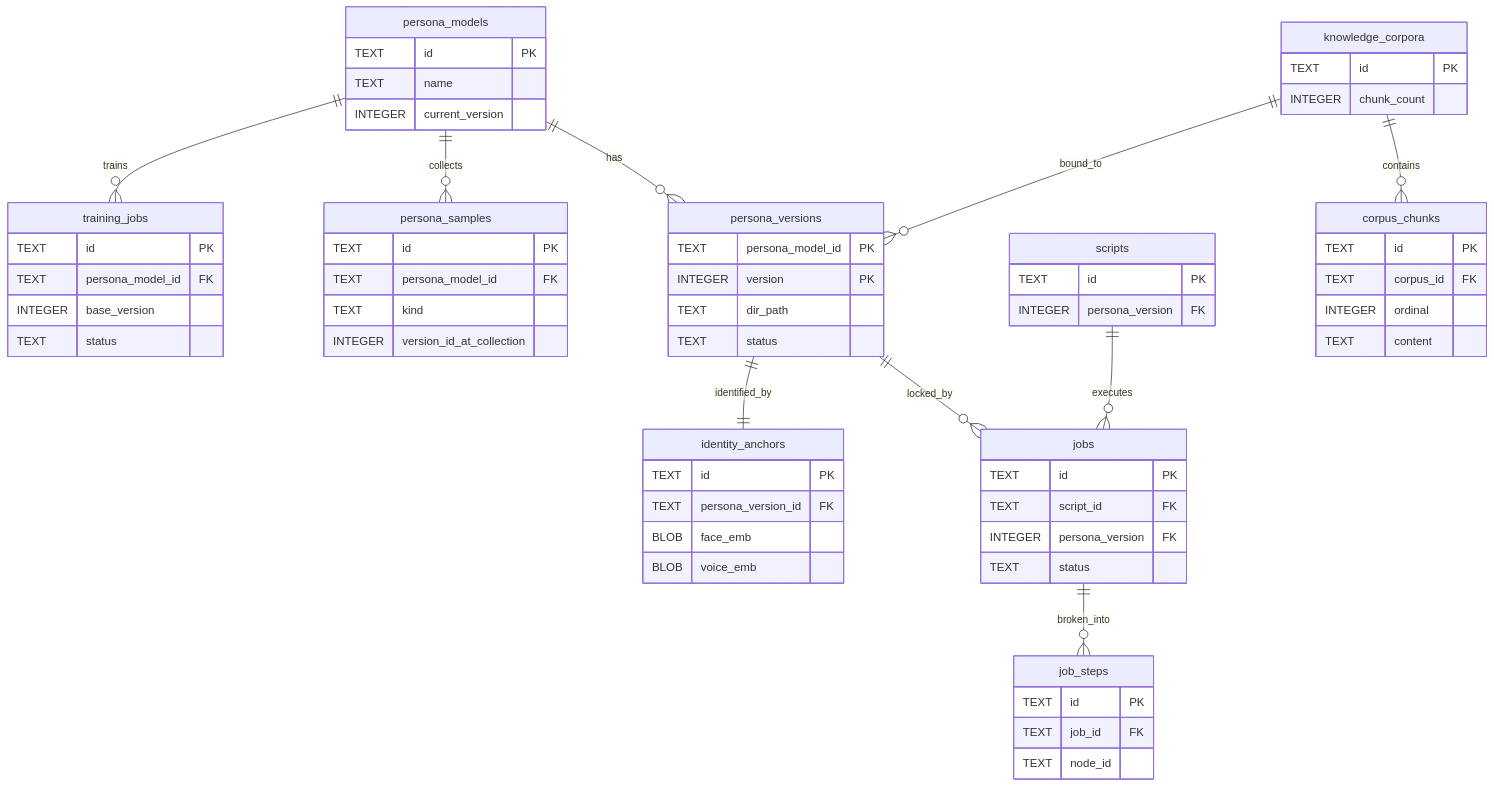
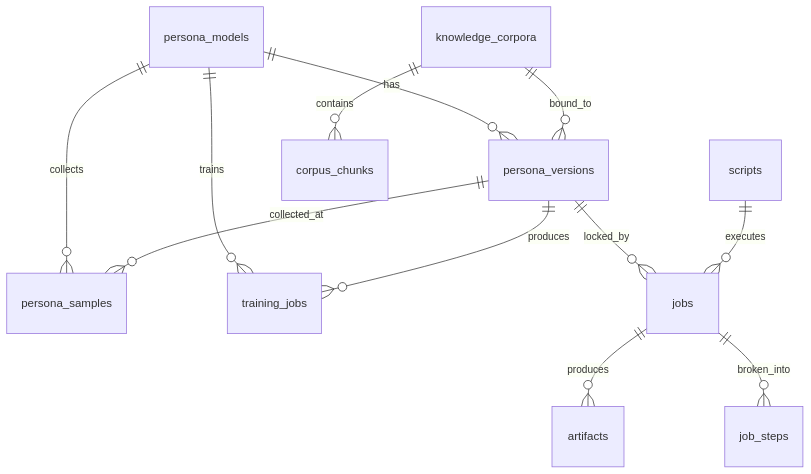
One commit to growdu/avcore changed the second of 3 diagrams in docs/storage.md. Above: the diagram before and after it, drawn with Mermaid. The commit also changed other lines of this file and 8 other files, not shown here.

````diff
--- a/docs/storage.md
+++ b/docs/storage.md
@@ -359,67 +94,14 @@
 ```mermaid
 erDiagram
     persona_models ||--o{ persona_versions : has
     persona_models ||--o{ persona_samples : collects
     persona_models ||--o{ training_jobs : trains
+    persona_versions ||--o{ training_jobs : produces
     persona_versions ||--o{ jobs : locked_by
+    persona_versions ||--o{ persona_samples : collected_at
     scripts ||--o{ jobs : executes
+    jobs ||--o{ artifacts : produces
+    jobs ||--o{ job_steps : broken_into
     knowledge_corpora ||--o{ corpus_chunks : contains
     knowledge_corpora ||--o{ persona_versions : bound_to
-    jobs ||--o{ job_steps : broken_into
-    persona_versions ||--|| identity_anchors : identified_by
-
-    persona_models {
-        TEXT id PK
-        TEXT name
-        INTEGER current_version
-    }
-    persona_versions {
-        TEXT persona_model_id PK
-        INTEGER version PK
-        TEXT dir_path
-        TEXT status
-    }
-    persona_samples {
-        TEXT id PK
-        TEXT persona_model_id FK
-        TEXT kind
-        INTEGER version_id_at_collection
-    }
-    training_jobs {
-        TEXT id PK
-        TEXT persona_model_id FK
-        INTEGER base_version
-        TEXT status
-    }
-    jobs {
-        TEXT id PK
-        TEXT script_id FK
-        INTEGER persona_version FK
-        TEXT status
-    }
-    scripts {
-        TEXT id PK
-        INTEGER persona_version FK
-    }
-    knowledge_corpora {
-        TEXT id PK
-        INTEGER chunk_count
-    }
-    corpus_chunks {
-        TEXT id PK
-        TEXT corpus_id FK
-        INTEGER ordinal
-        TEXT content
-    }
-    job_steps {
-        TEXT id PK
-        TEXT job_id FK
-        TEXT node_id
-    }
-    identity_anchors {
-        TEXT id PK
-        TEXT persona_version_id FK
-        BLOB face_emb
-        BLOB voice_emb
-    }
 ```
````
